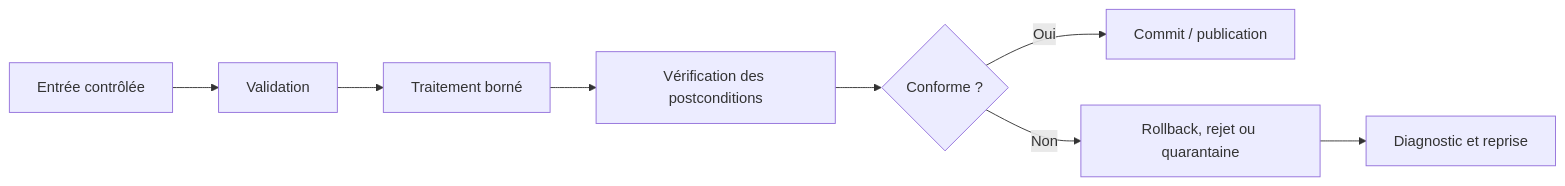
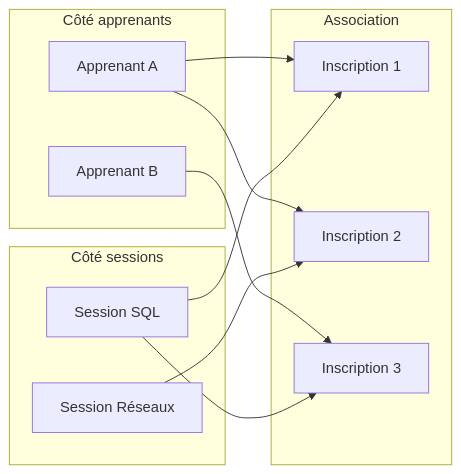
Before and after one commit to biggyseven/Skill-Tree: the eighth of 13 diagrams in content/lessons/data-modelisation-debutant.md, drawn with Mermaid. The commit also changed other lines of this file, not shown here.

````diff
--- a/content/lessons/data-modelisation-debutant.md
+++ b/content/lessons/data-modelisation-debutant.md
@@ -112,10 +434,22 @@
-```mermaid
+~~~mermaid
 flowchart LR
-    S["Entrée contrôlée"] --> V["Validation"]
-    V --> T["Traitement borné"]
-    T --> Q["Vérification des postconditions"]
-    Q --> R{"Conforme ?"}
-    R -- "Oui" --> C["Commit / publication"]
-    R -- "Non" --> X["Rollback, rejet ou quarantaine"]
-    X --> I["Diagnostic et reprise"]
-```
+    subgraph "Côté apprenants"
+      A1["Apprenant A"]
+      A2["Apprenant B"]
+    end
+    subgraph "Association"
+      I1["Inscription 1"]
+      I2["Inscription 2"]
+      I3["Inscription 3"]
+    end
+    subgraph "Côté sessions"
+      S1["Session SQL"]
+      S2["Session Réseaux"]
+    end
+    A1 --> I1
+    S1 --> I1
+    A1 --> I2
+    S2 --> I2
+    A2 --> I3
+    S1 --> I3
+~~~
````
